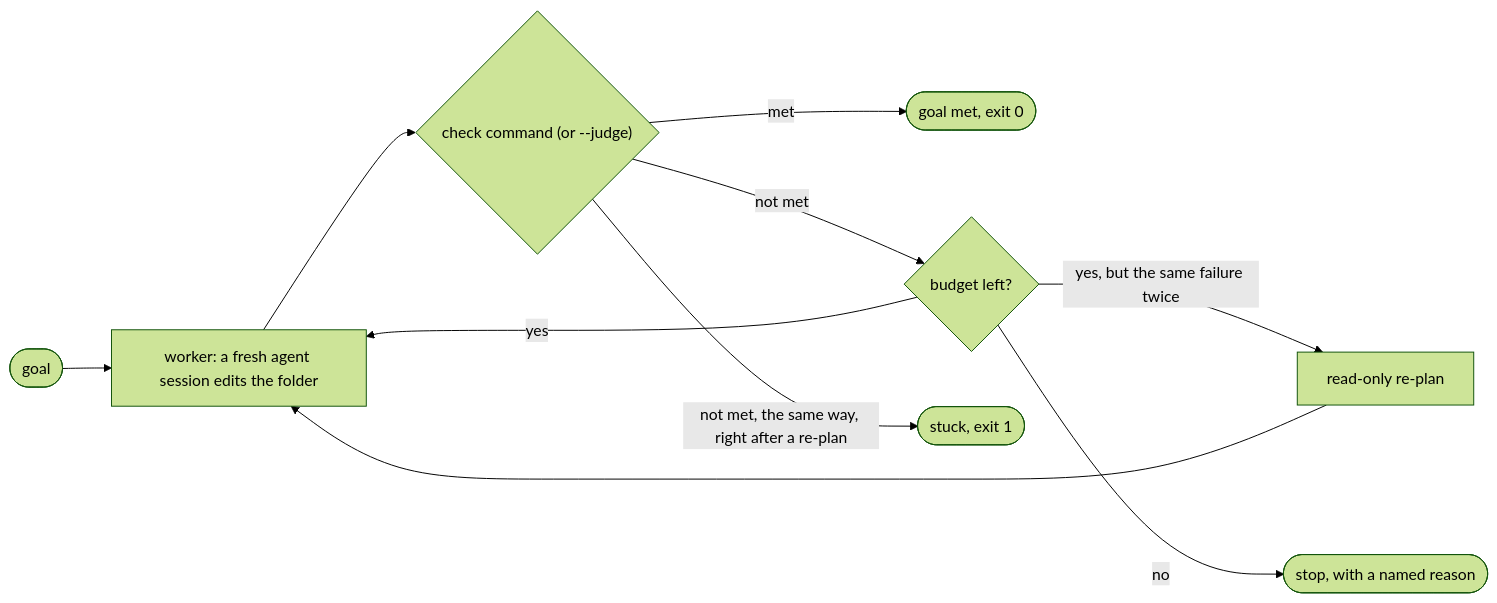
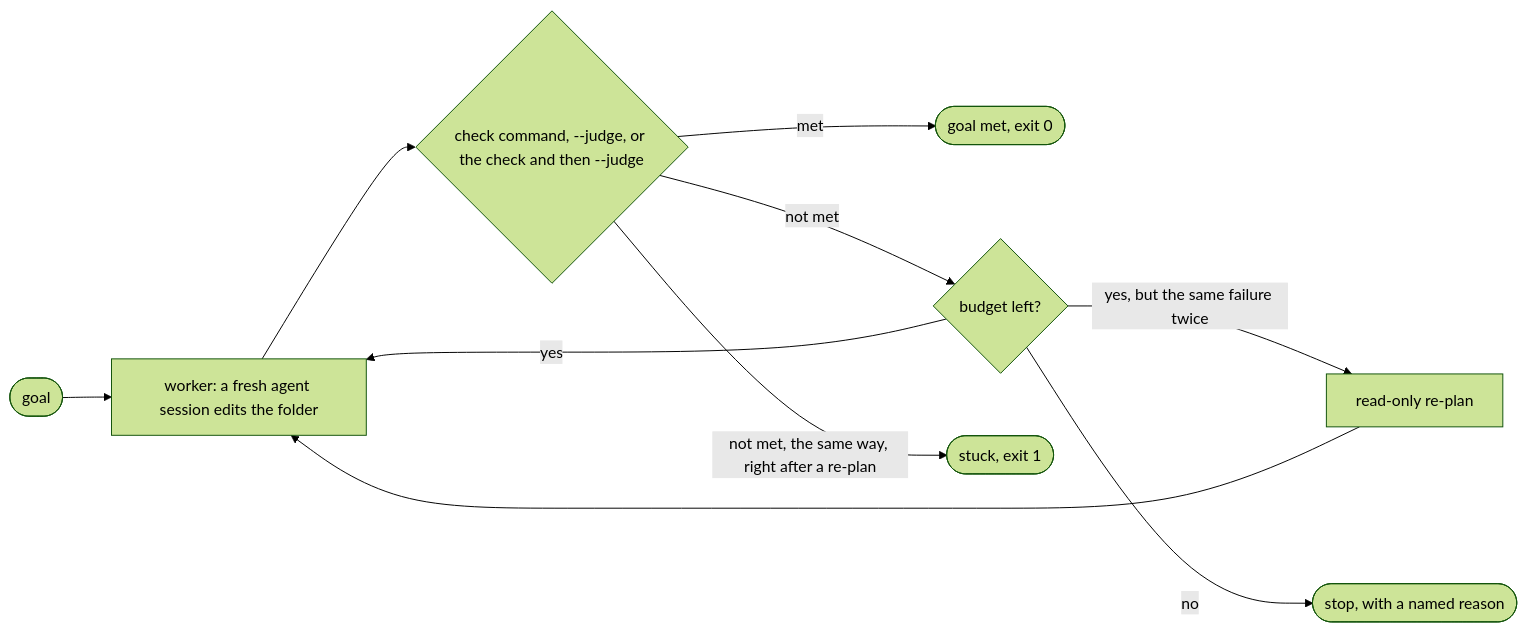
Before and after one commit to ydmitry/subgoal-skill: the diagram in README.md, drawn with Mermaid (forest theme). The commit also changed other lines of this file and 6 other files, not shown here.

First line of the commit message:
feat(subgoal): a check and a judge together, and the judge's own tool

````diff
--- a/README.md
+++ b/README.md
@@ -29,11 +29,11 @@
 ```mermaid
 flowchart LR
     G([goal]) --> W["worker: a fresh agent session edits the folder"]
-    W --> C{"check command (or --judge)"}
+    W --> C{"check command, --judge, or the check and then --judge"}
     C -- met --> M([goal met, exit 0])
     C -- not met --> B{budget left?}
     B -- yes --> W
     B -- "yes, but the same failure twice" --> P["read-only re-plan"] --> W
     C -- "not met, the same way, right after a re-plan" --> X([stuck, exit 1])
     B -- no --> S([stop, with a named reason])
 ```
````
